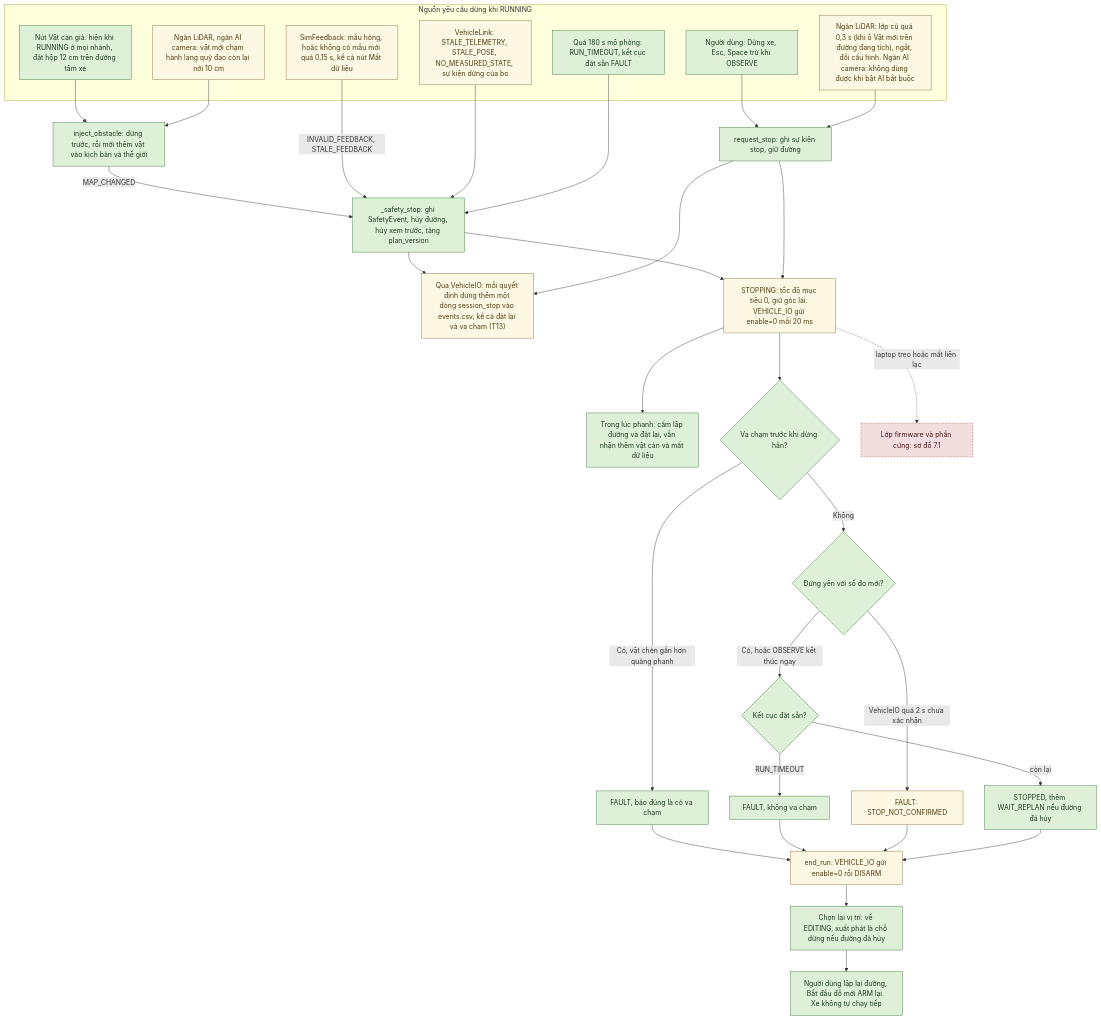
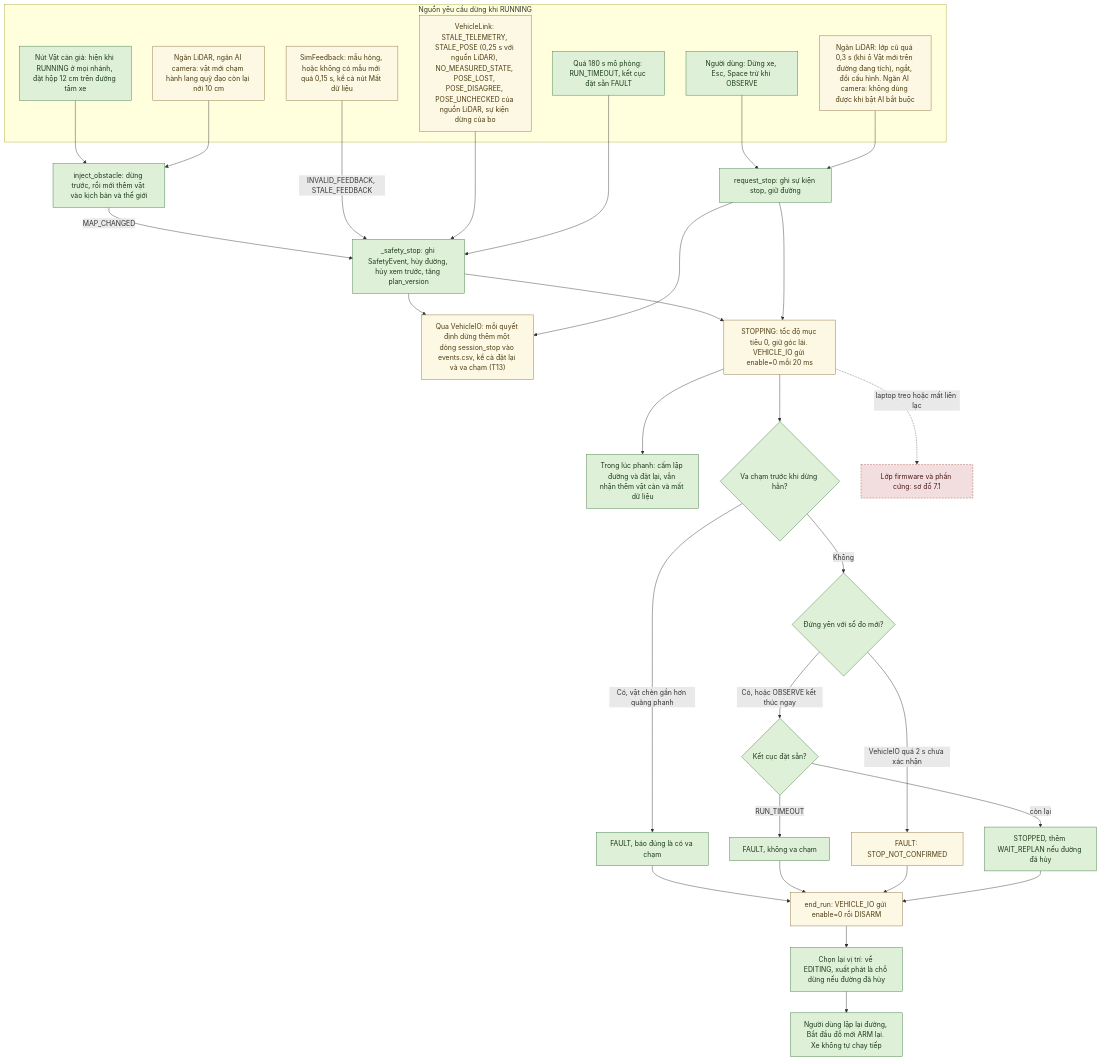
Diagram 15 of 50 in autopark/docs/SO_DO_HE_THONG.md (thbn12082/autopark), drawn with Mermaid before and after one commit. The commit also changed other lines of this file and 223 other files, not shown here.

````diff
--- a/autopark/docs/SO_DO_HE_THONG.md
+++ b/autopark/docs/SO_DO_HE_THONG.md
@@ -886,45 +1025,45 @@
 ```mermaid
 flowchart TD
     subgraph NGUON["Nguồn yêu cầu dừng khi RUNNING"]
         U["Người dùng: Dừng xe, Esc, Space trừ khi OBSERVE"]
         GIA["Nút Vật cản giả: hiện khi RUNNING ở mọi nhánh, đặt hộp 12 cm trên đường tâm xe"]
         NEW["Ngăn LiDAR, ngăn AI camera: vật mới chạm hành lang quỹ đạo còn lại nới 10 cm"]
         OLD["Ngăn LiDAR: lớp cũ quá 0,3 s (khi ô Vật mới trên đường đang tích), ngắt, đổi cấu hình. Ngăn AI camera: không dùng được khi bật AI bắt buộc"]
         FBK["SimFeedback: mẫu hỏng, hoặc không có mẫu mới quá 0,15 s, kể cả nút Mất dữ liệu"]
-        LNK["VehicleLink: STALE_TELEMETRY, STALE_POSE, NO_MEASURED_STATE, sự kiện dừng của bo"]
+        LNK["VehicleLink: STALE_TELEMETRY, STALE_POSE (0,25 s với nguồn LiDAR), NO_MEASURED_STATE, POSE_LOST, POSE_DISAGREE, POSE_UNCHECKED của nguồn LiDAR, sự kiện dừng của bo"]
         TO["Quá 180 s mô phỏng: RUN_TIMEOUT, kết cục đặt sẵn FAULT"]
     end
     GIA --> MC["inject_obstacle: dừng trước, rồi mới thêm vật vào kịch bản và thế giới"]
     NEW --> MC
     MC -->|MAP_CHANGED| SS["_safety_stop: ghi SafetyEvent, hủy đường, hủy xem trước, tăng plan_version"]
     FBK -->|INVALID_FEEDBACK, STALE_FEEDBACK| SS
     LNK --> SS
     TO --> SS
     U --> RQ["request_stop: ghi sự kiện stop, giữ đường"]
     OLD --> RQ
     SS --> SL["Qua VehicleIO: mỗi quyết định dừng thêm một dòng session_stop vào events.csv, kể cả đặt lại và va chạm (T13)"]
     RQ --> SL
     SS --> STG["STOPPING: tốc độ mục tiêu 0, giữ góc lái. VEHICLE_IO gửi enable=0 mỗi 20 ms"]
     RQ --> STG
     STG --> LOCK["Trong lúc phanh: cấm lập đường và đặt lại, vẫn nhận thêm vật cản và mất dữ liệu"]
     STG --> COL{"Va chạm trước khi dừng hẳn?"}
     COL -->|Có, vật chèn gần hơn quãng phanh| F1["FAULT, báo đúng là có va chạm"]
     COL -->|Không| D{"Đứng yên với số đo mới?"}
     D -->|VehicleIO quá 2 s chưa xác nhận| F3["FAULT: STOP_NOT_CONFIRMED"]
     D -->|Có, hoặc OBSERVE kết thúc ngay| KQ{"Kết cục đặt sẵn?"}
     KQ -->|RUN_TIMEOUT| F2["FAULT, không va chạm"]
     KQ -->|còn lại| SP["STOPPED, thêm WAIT_REPLAN nếu đường đã hủy"]
     F1 --> KT["end_run: VEHICLE_IO gửi enable=0 rồi DISARM"]
     F2 --> KT
     F3 --> KT
     SP --> KT
     KT --> RS["Chọn lại vị trí: về EDITING, xuất phát là chỗ dừng nếu đường đã hủy"]
     RS --> RP["Người dùng lập lại đường, Bắt đầu đỗ mới ARM lại. Xe không tự chạy tiếp"]
     STG -.->|laptop treo hoặc mất liên lạc| FW["Lớp firmware và phần cứng: sơ đồ 7.1"]
     classDef daco fill:#dff0d8,stroke:#3c763d,color:#1b3a1b
     classDef giaLap fill:#fcf8e3,stroke:#8a6d3b,color:#4d3b12
     classDef chuaLam fill:#f2dede,stroke:#a94442,color:#4d1a1a,stroke-dasharray: 4 3
     class U,GIA,TO,MC,SS,RQ,LOCK,COL,F1,D,KQ,F2,SP,RS,RP daco
     class NEW,OLD,FBK,LNK,STG,F3,KT,SL giaLap
     class FW chuaLam
 ```
````
